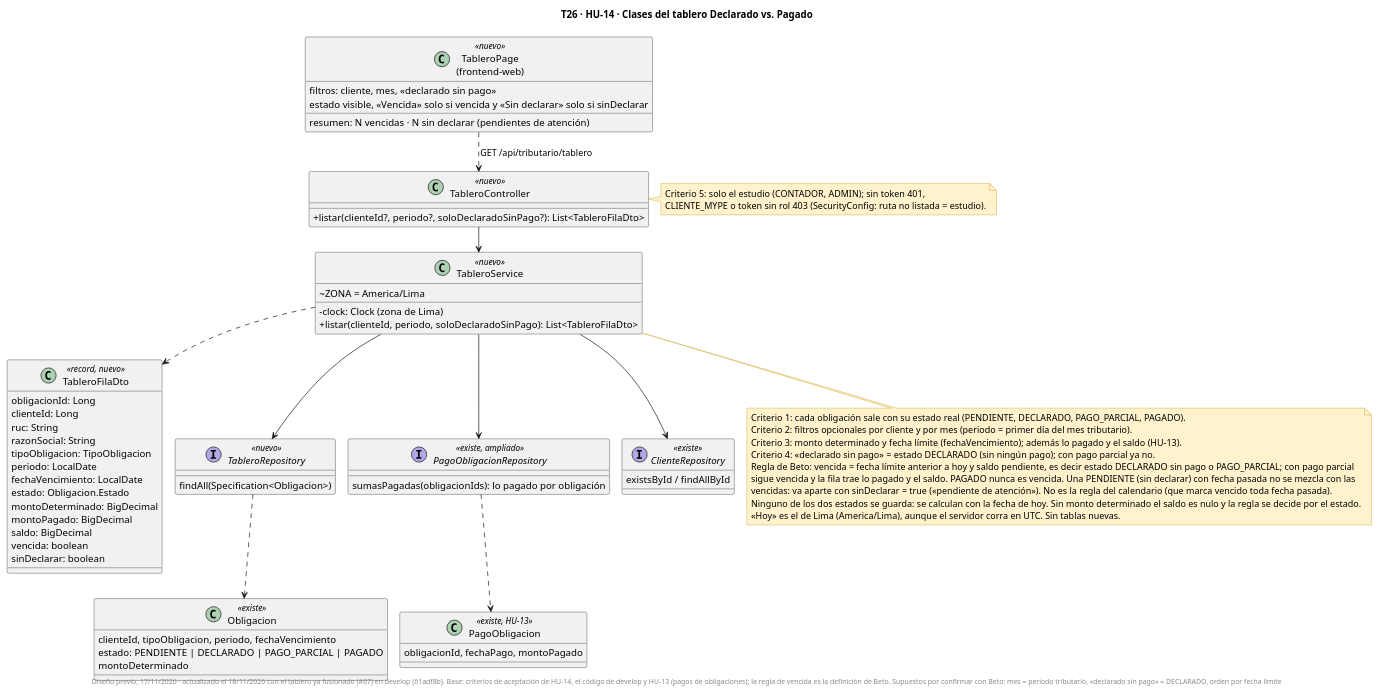
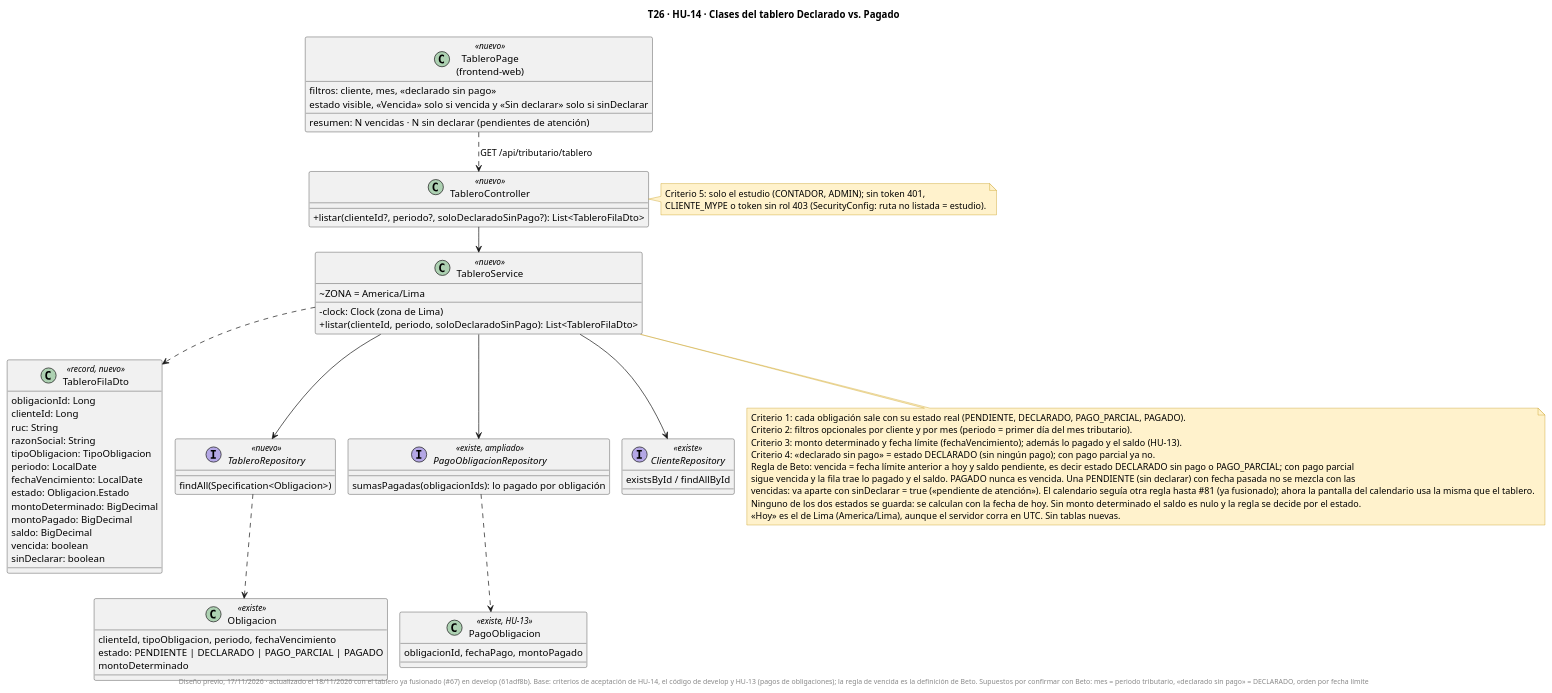
Before and after one commit to fabianrodriguez33/plus-contable: the diagram in docs/uml/T26-HU14-clases.puml, drawn with PlantUML. The commit also changed 3 other files, not shown here.

Commit message:
T26 y T6: el calendario y la pantalla de pagos seguían otra regla hasta #81 y ahora usan la del tablero

```diff
--- a/docs/uml/T26-HU14-clases.puml
+++ b/docs/uml/T26-HU14-clases.puml
@@ -1,90 +1,90 @@
 @startuml
 !pragma layout smetana
 title T26 · HU-14 · Clases del tablero Declarado vs. Pagado
 skinparam classAttributeIconSize 0
 skinparam shadowing false
 skinparam noteBackgroundColor #FFF2CC
 skinparam noteBorderColor #BF9000
 
 class TableroController <<nuevo>> {
   +listar(clienteId?, periodo?, soloDeclaradoSinPago?): List<TableroFilaDto>
 }
 
 class TableroService <<nuevo>> {
   ~ZONA = America/Lima
   -clock: Clock (zona de Lima)
   +listar(clienteId, periodo, soloDeclaradoSinPago): List<TableroFilaDto>
 }
 
 class TableroFilaDto <<record, nuevo>> {
   obligacionId: Long
   clienteId: Long
   ruc: String
   razonSocial: String
   tipoObligacion: TipoObligacion
   periodo: LocalDate
   fechaVencimiento: LocalDate
   estado: Obligacion.Estado
   montoDeterminado: BigDecimal
   montoPagado: BigDecimal
   saldo: BigDecimal
   vencida: boolean
   sinDeclarar: boolean
 }
 
 interface TableroRepository <<nuevo>> {
   findAll(Specification<Obligacion>)
 }
 
 class Obligacion <<existe>> {
   clienteId, tipoObligacion, periodo, fechaVencimiento
   estado: PENDIENTE | DECLARADO | PAGO_PARCIAL | PAGADO
   montoDeterminado
 }
 
 interface PagoObligacionRepository <<existe, ampliado>> {
   sumasPagadas(obligacionIds): lo pagado por obligación
 }
 
 class PagoObligacion <<existe, HU-13>> {
   obligacionId, fechaPago, montoPagado
 }
 
 interface ClienteRepository <<existe>> {
   existsById / findAllById
 }
 
 class "TableroPage\n(frontend-web)" as TP <<nuevo>> {
   filtros: cliente, mes, «declarado sin pago»
   estado visible, «Vencida» solo si vencida y «Sin declarar» solo si sinDeclarar
   resumen: N vencidas · N sin declarar (pendientes de atención)
 }
 
 TP ..> TableroController : GET /api/tributario/tablero
 TableroController --> TableroService
 TableroService --> TableroRepository
 TableroService --> PagoObligacionRepository
 TableroService --> ClienteRepository
 TableroService ..> TableroFilaDto
 TableroRepository ..> Obligacion
 PagoObligacionRepository ..> PagoObligacion
 
 note bottom of TableroService
   Criterio 1: cada obligación sale con su estado real (PENDIENTE, DECLARADO, PAGO_PARCIAL, PAGADO).
   Criterio 2: filtros opcionales por cliente y por mes (periodo = primer día del mes tributario).
   Criterio 3: monto determinado y fecha límite (fechaVencimiento); además lo pagado y el saldo (HU-13).
   Criterio 4: «declarado sin pago» = estado DECLARADO (sin ningún pago); con pago parcial ya no.
   Regla de Beto: vencida = fecha límite anterior a hoy y saldo pendiente, es decir estado DECLARADO sin pago o PAGO_PARCIAL; con pago parcial
   sigue vencida y la fila trae lo pagado y el saldo. PAGADO nunca es vencida. Una PENDIENTE (sin declarar) con fecha pasada no se mezcla con las
-  vencidas: va aparte con sinDeclarar = true («pendiente de atención»). No es la regla del calendario (que marca vencido toda fecha pasada).
+  vencidas: va aparte con sinDeclarar = true («pendiente de atención»). El calendario seguía otra regla hasta #81 (ya fusionado); ahora la pantalla del calendario usa la misma que el tablero.
   Ninguno de los dos estados se guarda: se calculan con la fecha de hoy. Sin monto determinado el saldo es nulo y la regla se decide por el estado.
   «Hoy» es el de Lima (America/Lima), aunque el servidor corra en UTC. Sin tablas nuevas.
 end note
 
 note right of TableroController
   Criterio 5: solo el estudio (CONTADOR, ADMIN); sin token 401,
   CLIENTE_MYPE o token sin rol 403 (SecurityConfig: ruta no listada = estudio).
 end note
 
 footer Diseño previo, 17/11/2026 · actualizado el 18/11/2026 con el tablero ya fusionado (#67) en develop (61adf8b). Base: criterios de aceptación de HU-14, el código de develop y HU-13 (pagos de obligaciones); la regla de vencida es la definición de Beto. Supuestos por confirmar con Beto: mes = periodo tributario, «declarado sin pago» = DECLARADO, orden por fecha límite
 @enduml
```
